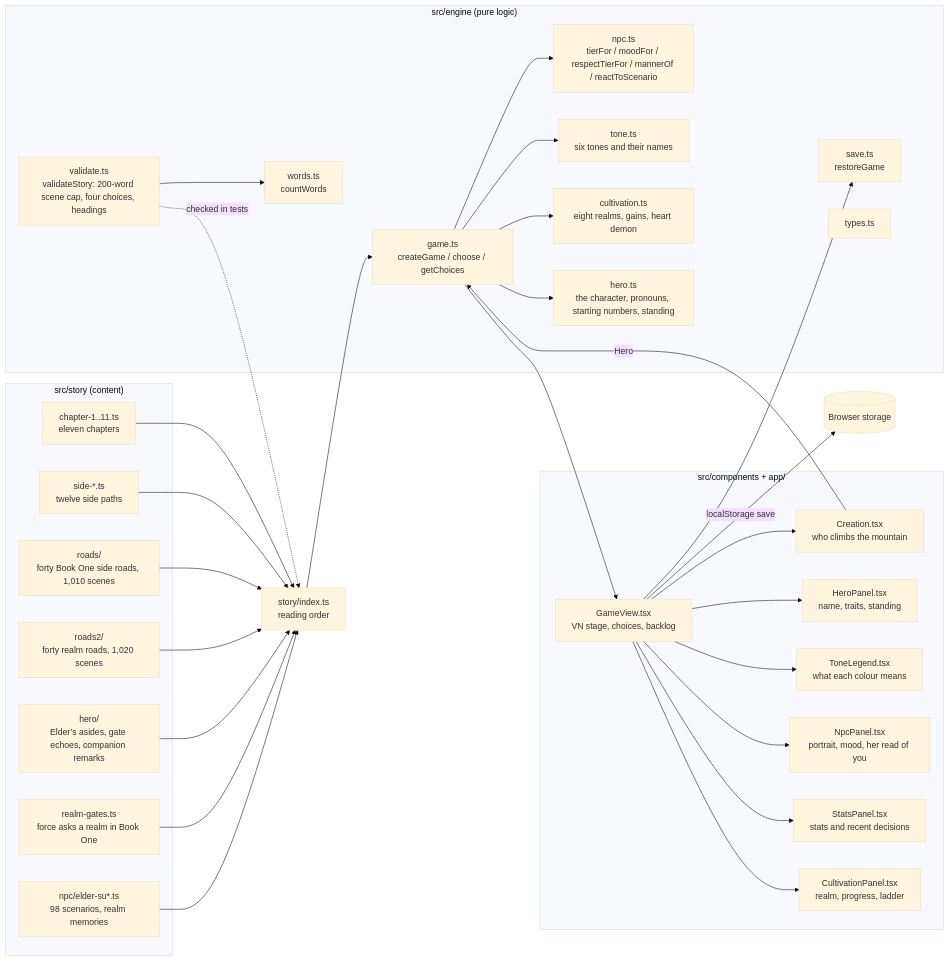
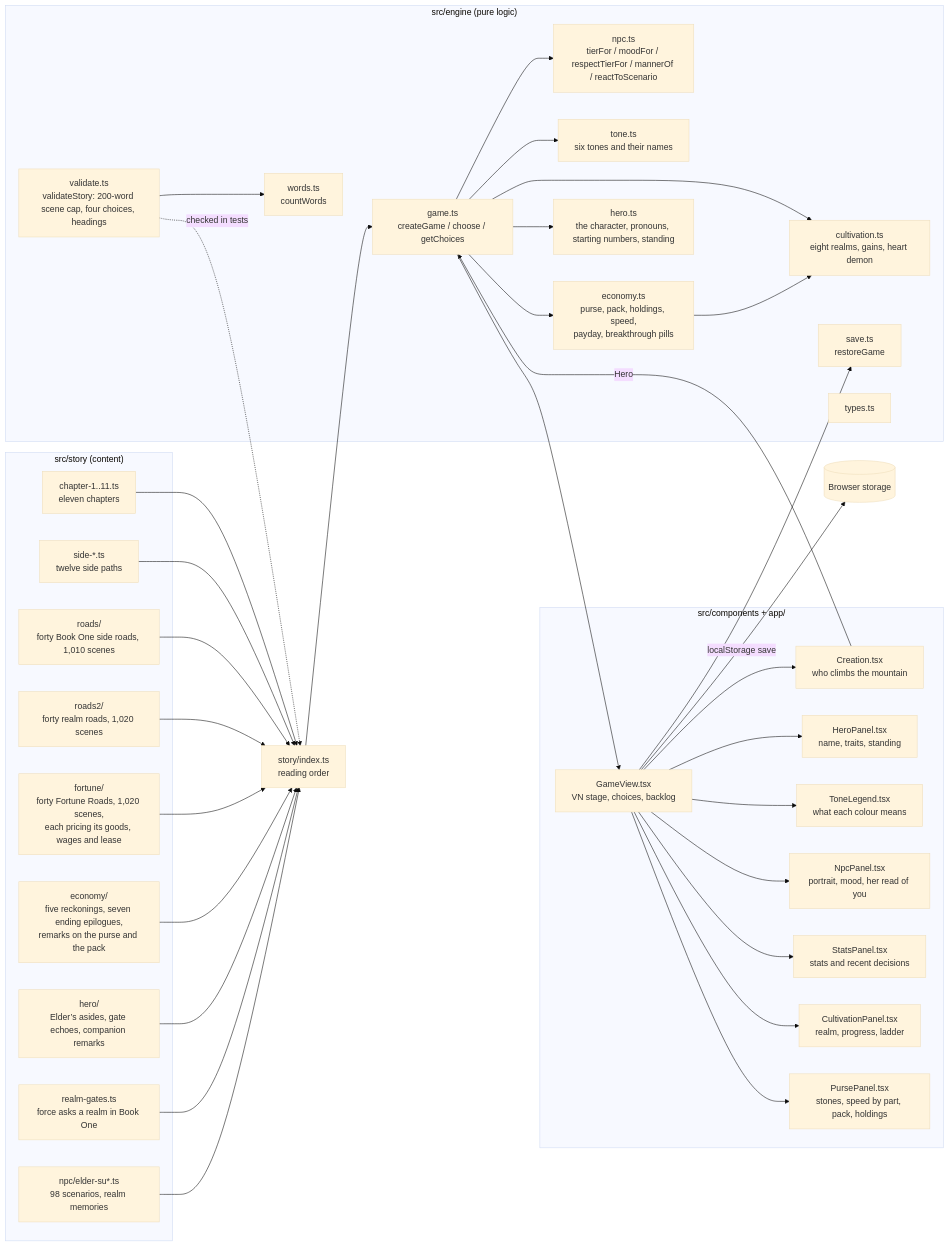
The first of 28 diagrams in docs/ARCHITECTURE.md (jgyy/nextxian), drawn with Mermaid (base theme) before and after one commit. The commit also changed other lines of this file and 69 other files, not shown here.

Commit message:
Add an economy (wealth, pack, holdings, cultivation speed), 1,025 Fortune Road scenes and a 1,743-line consistency pass (#10)

````diff
--- a/docs/ARCHITECTURE.md
+++ b/docs/ARCHITECTURE.md
@@ -5,47 +5,53 @@
 ```mermaid
 flowchart LR
   subgraph Story["src/story (content)"]
     C["chapter-1..11.ts<br/>eleven chapters"]
     SD["side-*.ts<br/>twelve side paths"]
     RD["roads/<br/>forty Book One side roads, 1,010 scenes"]
     R2["roads2/<br/>forty realm roads, 1,020 scenes"]
+    FR["fortune/<br/>forty Fortune Roads, 1,020 scenes,<br/>each pricing its goods, wages and lease"]
+    EC["economy/<br/>five reckonings, seven ending epilogues,<br/>remarks on the purse and the pack"]
     HE["hero/<br/>Elder’s asides, gate echoes, companion remarks"]
     RG["realm-gates.ts<br/>force asks a realm in Book One"]
     NPC["npc/elder-su*.ts<br/>98 scenarios, realm memories"]
   end
   subgraph Engine["src/engine (pure logic)"]
     G["game.ts<br/>createGame / choose / getChoices"]
     N["npc.ts<br/>tierFor / moodFor / respectTierFor / mannerOf / reactToScenario"]
     TN["tone.ts<br/>six tones and their names"]
     CU["cultivation.ts<br/>eight realms, gains, heart demon"]
+    EO["economy.ts<br/>purse, pack, holdings, speed,<br/>payday, breakthrough pills"]
     HR["hero.ts<br/>the character, pronouns, starting numbers, standing"]
     V["validate.ts<br/>validateStory: 200-word scene cap, four choices, headings"]
     SV["save.ts<br/>restoreGame"]
     W["words.ts<br/>countWords"]
     T["types.ts"]
   end
   subgraph UI["src/components + app/"]
     CR["Creation.tsx<br/>who climbs the mountain"]
     HP["HeroPanel.tsx<br/>name, traits, standing"]
     GV["GameView.tsx<br/>VN stage, choices, backlog"]
     TL["ToneLegend.tsx<br/>what each colour means"]
     NP["NpcPanel.tsx<br/>portrait, mood, her read of you"]
     SP["StatsPanel.tsx<br/>stats and recent decisions"]
     CP["CultivationPanel.tsx<br/>realm, progress, ladder"]
+    PP["PursePanel.tsx<br/>stones, speed by part, pack, holdings"]
   end
-  C & SD & RD & R2 & HE & RG & NPC --> S["story/index.ts<br/>reading order"]
+  C & SD & RD & R2 & FR & EC & HE & RG & NPC --> S["story/index.ts<br/>reading order"]
   S --> G
   G --> HR
   G --> N
   G --> TN
   G --> CU
+  G --> EO
+  EO --> CU
   V -. checked in tests .-> S
   V --> W
   G --> GV
   GV --> TL
   GV --> SV
   GV --> CR
   CR -->|Hero| G
-  GV --> NP & SP & CP & HP
+  GV --> NP & SP & CP & HP & PP
   GV -->|localStorage save| Storage[("Browser storage")]
 ```
````
